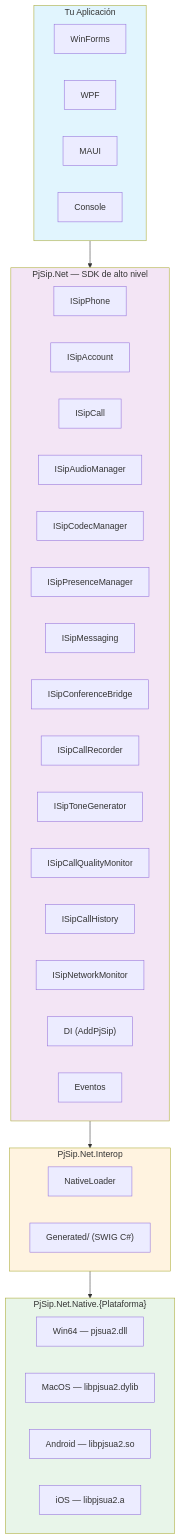
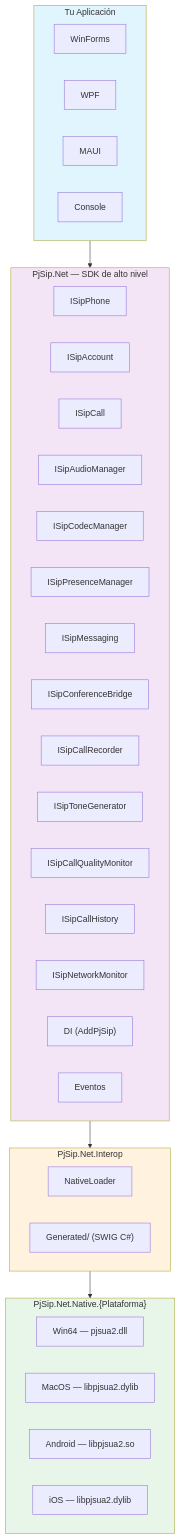
One commit to mchinchilla/PjSip.Net changed the third of 3 diagrams in README.es.md. Above: the diagram before and after it, drawn with Mermaid. The commit also changed other lines of this file and 1 other file, not shown here.

Commit message:
Fix README: correct build script path and iOS binary type
- build-win.ps1 → build-win64.ps1 (actual filename)
- iOS architecture: libpjsua2.a → libpjsua2.dylib (dynamic, not static)

````diff
--- a/README.es.md
+++ b/README.es.md
@@ -1792,48 +1792,48 @@
 ```mermaid
 graph TB
     subgraph App["Tu Aplicación"]
         WF[WinForms]
         WPF[WPF]
         MAUI[MAUI]
         CON[Console]
     end
 
     subgraph SDK["PjSip.Net — SDK de alto nivel"]
         Phone[ISipPhone]
         Account[ISipAccount]
         Call[ISipCall]
         Audio[ISipAudioManager]
         Codec[ISipCodecManager]
         Presence[ISipPresenceManager]
         Msg[ISipMessaging]
         Conf[ISipConferenceBridge]
         Rec[ISipCallRecorder]
         Tone[ISipToneGenerator]
         QoS[ISipCallQualityMonitor]
         Hist[ISipCallHistory]
         Net[ISipNetworkMonitor]
         DI["DI (AddPjSip)"]
         Events["Eventos"]
     end
 
     subgraph Interop["PjSip.Net.Interop"]
         Loader[NativeLoader]
         SWIG["Generated/ (SWIG C#)"]
     end
 
     subgraph Native["PjSip.Net.Native.{Plataforma}"]
         Win["Win64 — pjsua2.dll"]
         Mac["MacOS — libpjsua2.dylib"]
         And["Android — libpjsua2.so"]
-        iOS["iOS — libpjsua2.a"]
+        iOS["iOS — libpjsua2.dylib"]
     end
 
     App --> SDK
     SDK --> Interop
     Interop --> Native
 
     style App fill:#e1f5fe
     style SDK fill:#f3e5f5
     style Interop fill:#fff3e0
     style Native fill:#e8f5e9
 ```
````
